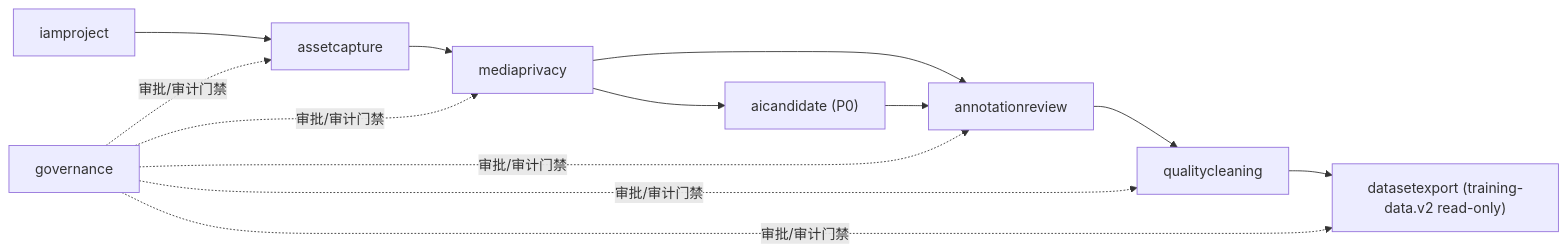
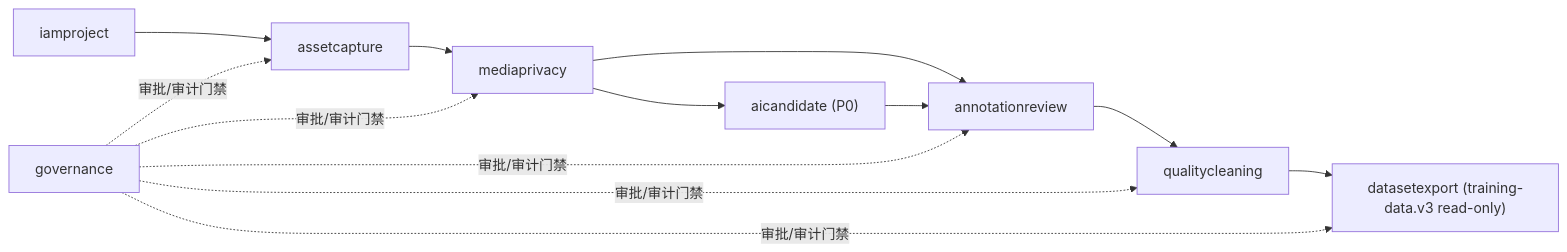
Before and after one commit to Soberis/medication-video-platform: the diagram in docs/architecture/domain-model-and-data-ownership.md, drawn with Mermaid. The commit also changed other lines of this file and 25 other files, not shown here.

````diff
--- a/docs/architecture/domain-model-and-data-ownership.md
+++ b/docs/architecture/domain-model-and-data-ownership.md
@@ -75,15 +78,15 @@
 ```mermaid
 flowchart LR
     IAM["iamproject"] --> ASSET["assetcapture"]
     ASSET --> MEDIA["mediaprivacy"]
     MEDIA --> ANNO["annotationreview"]
     ANNO --> CLEAN["qualitycleaning"]
-    CLEAN --> DATASET["datasetexport (training-data.v2 read-only)"]
+    CLEAN --> DATASET["datasetexport (training-data.v3 read-only)"]
     MEDIA --> AI["aicandidate (P0)"]
     AI --> ANNO
     GOV["governance"] -. "审批/审计门禁" .-> ASSET
     GOV -. "审批/审计门禁" .-> MEDIA
     GOV -. "审批/审计门禁" .-> ANNO
     GOV -. "审批/审计门禁" .-> CLEAN
     GOV -. "审批/审计门禁" .-> DATASET
 ```
````
